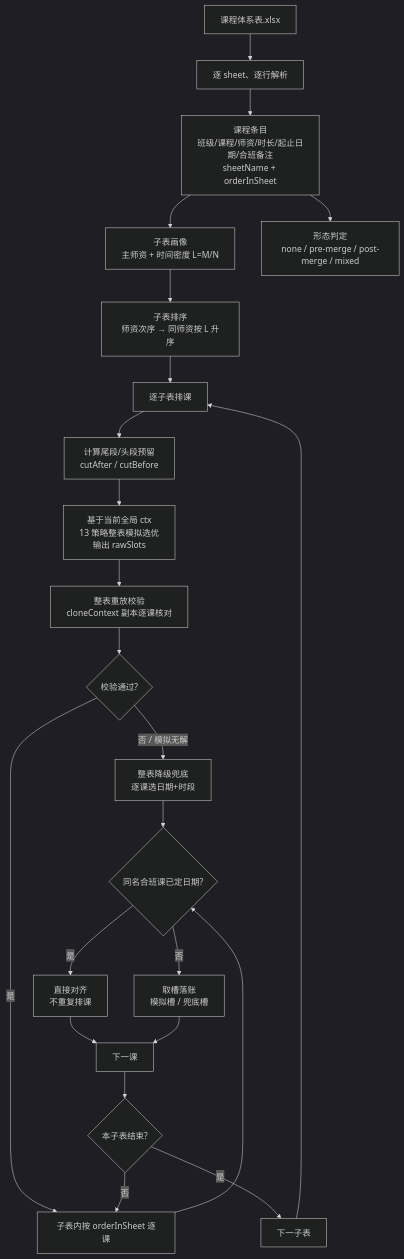
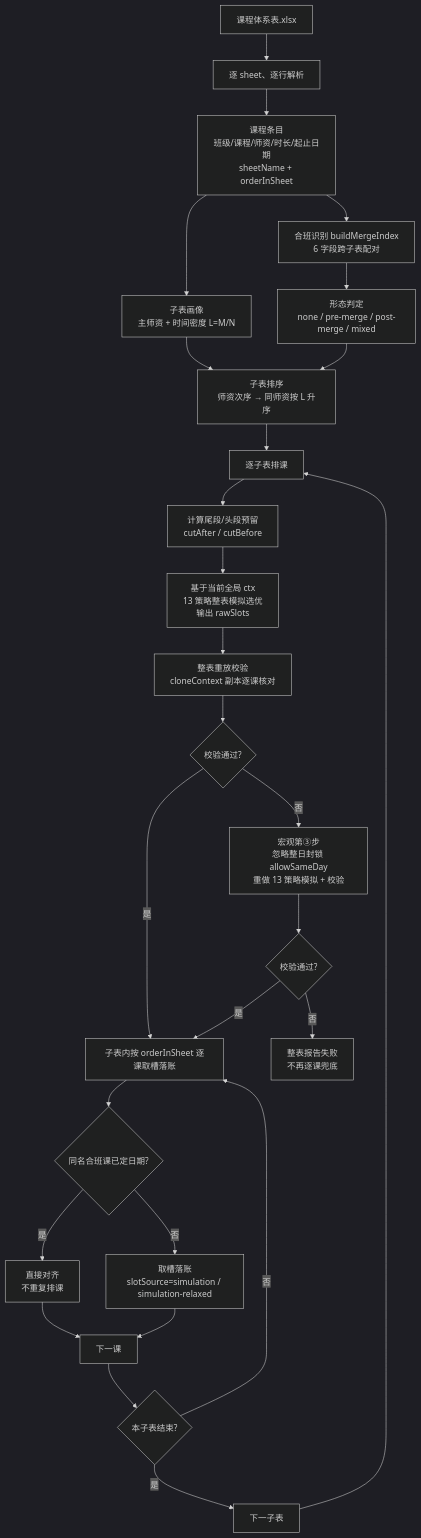
Before and after one commit to luomingyu/-: the diagram in 课程体系表子表排课流程.md, drawn with Mermaid (dark theme). The commit also changed other lines of this file and 38 other files, not shown here.

````diff
--- a/课程体系表子表排课流程.md
+++ b/课程体系表子表排课流程.md
@@ -19,25 +22,29 @@
 ```mermaid
 flowchart TD
   A[课程体系表.xlsx] --> B[逐 sheet、逐行解析]
-  B --> C[课程条目<br/>班级/课程/师资/时长/起止日期/合班备注<br/>sheetName + orderInSheet]
+  B --> C[课程条目<br/>班级/课程/师资/时长/起止日期<br/>sheetName + orderInSheet]
+  C --> E0[合班识别 buildMergeIndex<br/>6 字段跨子表配对]
   C --> D[子表画像<br/>主师资 + 时间密度 L=M/N]
-  C --> E[形态判定<br/>none / pre-merge / post-merge / mixed]
+  E0 --> E[形态判定<br/>none / pre-merge / post-merge / mixed]
   D --> F[子表排序<br/>师资次序 → 同师资按 L 升序]
+  E --> F
   F --> G[逐子表排课]
   G --> H[计算尾段/头段预留<br/>cutAfter / cutBefore]
   H --> I[基于当前全局 ctx<br/>13 策略整表模拟选优<br/>输出 rawSlots]
   I --> J[整表重放校验<br/>cloneContext 副本逐课核对]
   J --> K{校验通过?}
-  K -- 否 / 模拟无解 --> T[整表降级兜底<br/>逐课选日期+时段]
-  K -- 是 --> S[子表内按 orderInSheet 逐课]
-  T --> U{同名合班课已定日期?}
-  S --> U
+  K -- 是 --> S[子表内按 orderInSheet 逐课取槽落账]
+  K -- 否 --> RL[宏观第③步<br/>忽略整日封锁 allowSameDay<br/>重做 13 策略模拟 + 校验]
+  RL --> K2{校验通过?}
+  K2 -- 是 --> S
+  K2 -- 否 --> Z[整表报告失败<br/>不再逐课兜底]
+  S --> U{同名合班课已定日期?}
   U -- 是 --> V[直接对齐<br/>不重复排课]
-  U -- 否 --> W[取槽落账<br/>模拟槽 / 兜底槽]
+  U -- 否 --> W[取槽落账<br/>slotSource=simulation / simulation-relaxed]
   V --> O[下一课]
   W --> O
   O --> P{本子表结束?}
   P -- 否 --> S
   P -- 是 --> Q[下一子表]
   Q --> G
 ```
````
